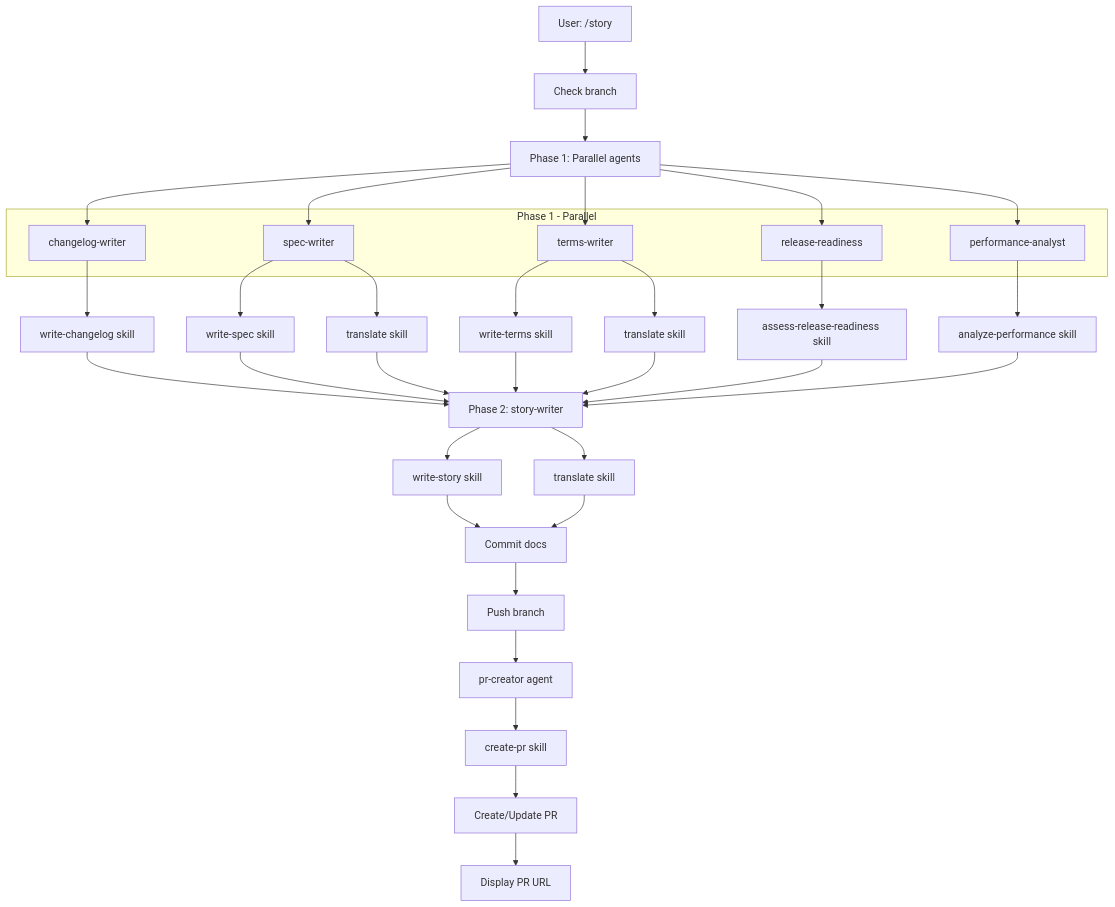
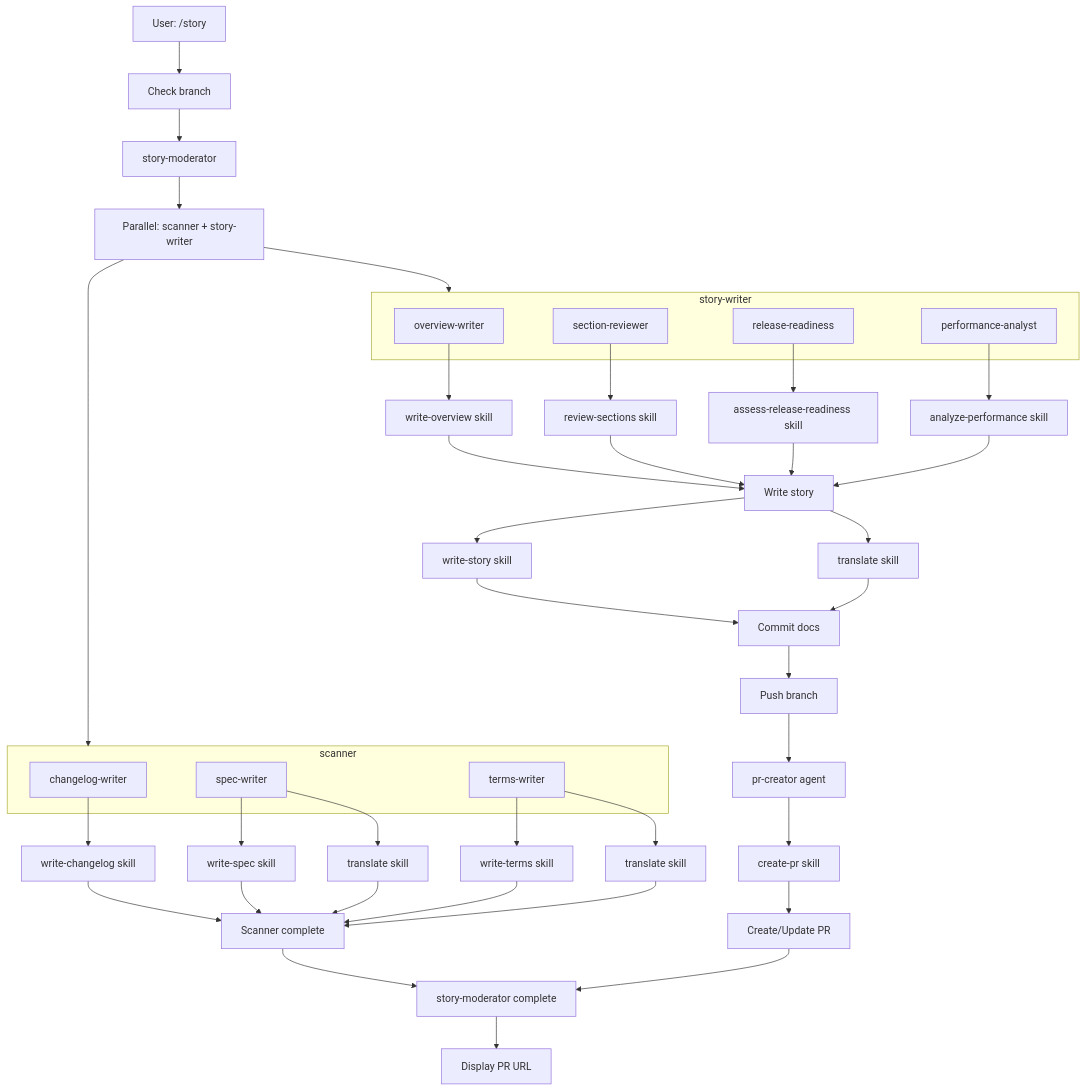
One commit to qmu/workaholic changed the third of 3 diagrams in .workaholic/specs/command-flows.md. Above: the diagram before and after it, drawn with Mermaid. The commit also changed other lines of this file and 5 other files, not shown here.

First line of the commit message:
Correct Skill and Subagent Mappings in Story Workflow

````diff
--- a/.workaholic/specs/command-flows.md
+++ b/.workaholic/specs/command-flows.md
@@ -120,35 +120,49 @@
 ```mermaid
 flowchart TD
     A[User: /story] --> B[Check branch]
-    B --> E[Phase 1: Parallel agents]
+    B --> SM[story-moderator]
 
-    subgraph Phase1[Phase 1 - Parallel]
+    SM --> P1[Parallel: scanner + story-writer]
+
+    subgraph Scanner[scanner]
         F[changelog-writer]
         G[spec-writer]
         H[terms-writer]
+    end
+
+    subgraph StoryWriter[story-writer]
+        OW[overview-writer]
+        SR[section-reviewer]
         I[release-readiness]
         PA[performance-analyst]
     end
 
-    E --> F & G & H & I & PA
+    P1 --> Scanner
+    P1 --> StoryWriter
 
     F --> F1[write-changelog skill]
     G --> G1[write-spec skill]
     G --> G2[translate skill]
     H --> H1[write-terms skill]
     H --> H2[translate skill]
+    OW --> OW1[write-overview skill]
+    SR --> SR1[review-sections skill]
     I --> I1[assess-release-readiness skill]
     PA --> PA1[analyze-performance skill]
 
-    F1 & G1 & G2 & H1 & H2 & I1 & PA1 --> J[Phase 2: story-writer]
+    F1 & G1 & G2 & H1 & H2 --> SC[Scanner complete]
+    OW1 & SR1 & I1 & PA1 --> SW[Write story]
 
-    J --> J1[write-story skill]
-    J --> J2[translate skill]
+    SW --> J1[write-story skill]
+    SW --> J2[translate skill]
 
     J1 & J2 --> K[Commit docs]
     K --> L[Push branch]
     L --> M[pr-creator agent]
     M --> M1[create-pr skill]
     M1 --> N[Create/Update PR]
-    N --> O[Display PR URL]
+
+    SC --> SM2[story-moderator complete]
+    N --> SM2
+    SM2 --> O[Display PR URL]
 ```
````
